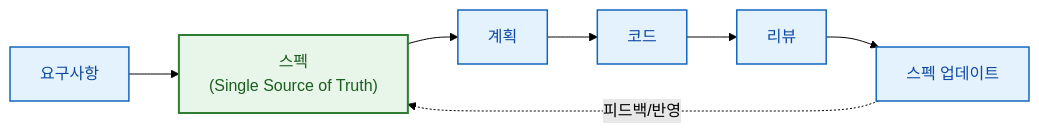
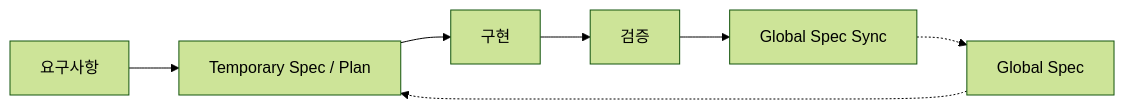
One commit to malfo-y/sdd-skills changed the diagram in docs/SDD_WORKFLOW.md. Above: the diagram before and after it, drawn with Mermaid (forest theme). The commit also changed other lines of this file and 110 other files, not shown here.

````diff
--- a/docs/SDD_WORKFLOW.md
+++ b/docs/SDD_WORKFLOW.md
@@ -41,8 +188,9 @@
 ```mermaid
 flowchart LR
-    Req["요구사항"]:::step --> Spec["스펙<br/>(Single Source of Truth)"]:::spec --> Plan["계획"]:::step --> Code["코드"]:::step --> Review["리뷰"]:::step --> Sync["스펙 업데이트"]:::step
-    Sync -.->|"피드백/반영"| Spec
-
-    classDef spec fill:#E8F5E9,stroke:#2E7D32,stroke-width:2px,color:#1B5E20;
-    classDef step fill:#E3F2FD,stroke:#1565C0,stroke-width:1.5px,color:#0D47A1;
+    Req["요구사항"] --> Draft["Temporary Spec / Plan"]
+    Draft --> Impl["구현"]
+    Impl --> Review["검증"]
+    Review --> Sync["Global Spec Sync"]
+    Sync -.-> Ref["Global Spec"]
+    Ref -.-> Draft
 ```
````
